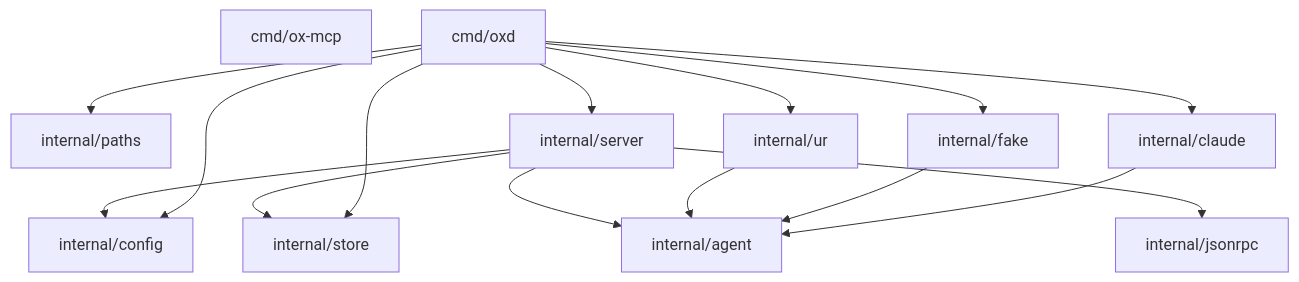
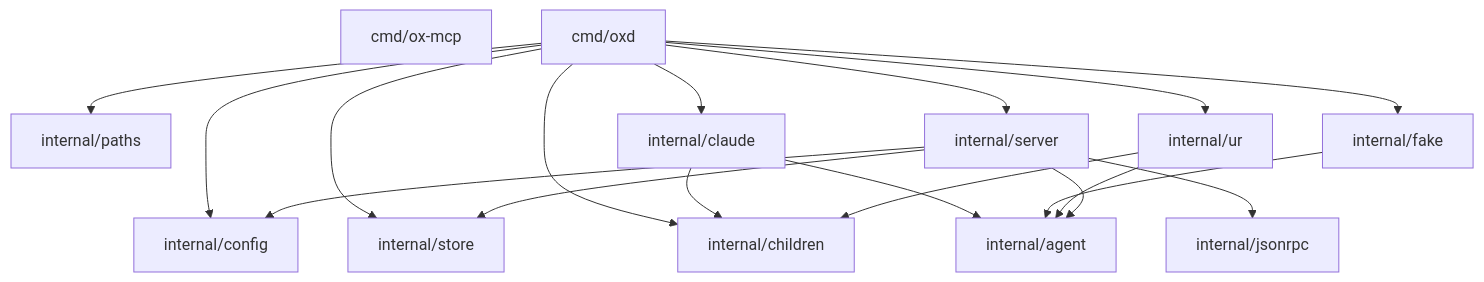
Before and after one commit to kkestell/ox: the diagram in docs/architecture.md, drawn with Mermaid. The commit also changed other lines of this file and 16 other files, not shown here.

````diff
--- a/docs/architecture.md
+++ b/docs/architecture.md
@@ -11,29 +11,33 @@
 ```mermaid
 flowchart TD
   oxmcp["cmd/ox-mcp"]
   oxd["cmd/oxd"]
   paths["internal/paths"]
   config["internal/config"]
   store["internal/store"]
   claude["internal/claude"]
+  children["internal/children"]
   fake["internal/fake"]
   ur["internal/ur"]
   server["internal/server"]
   jsonrpc["internal/jsonrpc"]
   agent["internal/agent"]
 
   oxd --> paths
   oxd --> config
   oxd --> store
+  oxd --> children
   oxd --> claude
   oxd --> fake
   oxd --> ur
   oxd --> server
   claude --> agent
+  claude --> children
   fake --> agent
   ur --> agent
+  ur --> children
   server --> config
   server --> store
   server --> jsonrpc
   server --> agent
 ```
````
